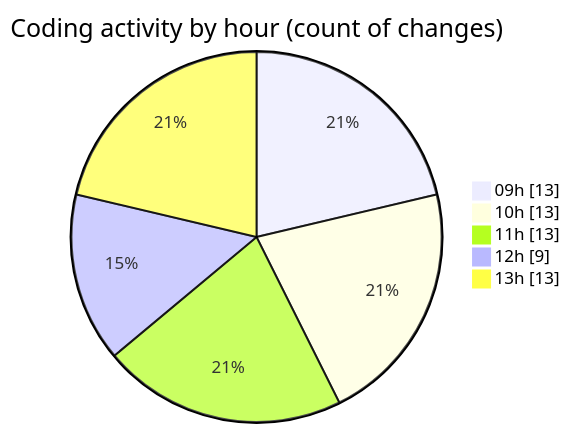
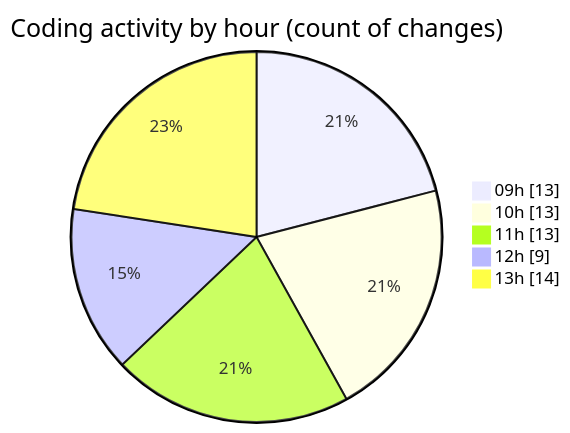
One commit to momahboobian/code-tracking changed the second of 2 diagrams in 2025-09-23/cda/README.md. Above: the diagram before and after it, drawn with Mermaid. The commit also changed other lines of this file and 1 other file, not shown here.

````diff
--- a/2025-09-23/cda/README.md
+++ b/2025-09-23/cda/README.md
@@ -40,9 +42,9 @@
 ```mermaid
 pie showData
 title Coding activity by hour (count of changes)
 "09h" : 13
 "10h" : 13
 "11h" : 13
 "12h" : 9
-"13h" : 13
+"13h" : 14
 ```
````
